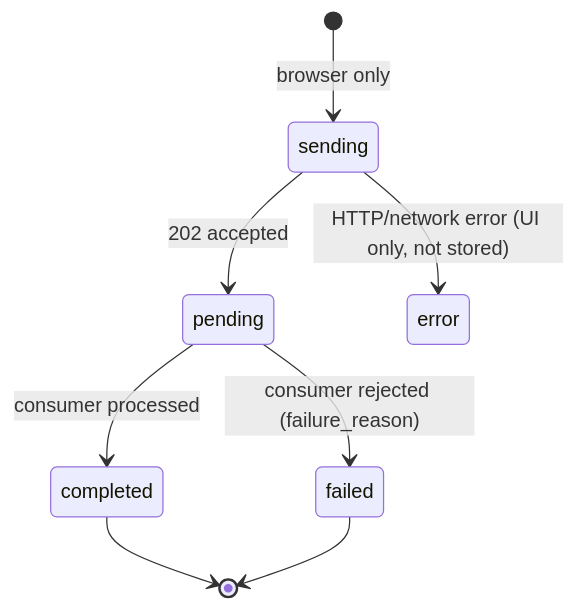
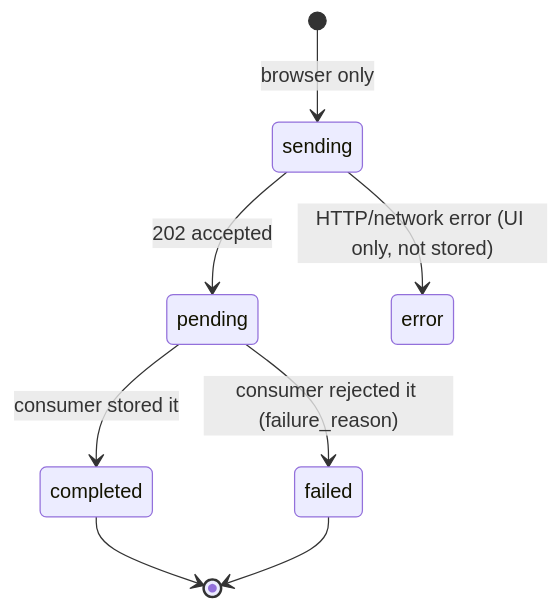
Before and after one commit to yaninagroisman/shop-azure-cicd: the fourth of 7 diagrams in docs/ARCHITECTURE.md, drawn with Mermaid. The commit also changed other lines of this file and 13 other files, not shown here.

````diff
--- a/docs/ARCHITECTURE.md
+++ b/docs/ARCHITECTURE.md
@@ -133,10 +102,10 @@
 ```mermaid
 stateDiagram-v2
     [*] --> sending: browser only
     sending --> pending: 202 accepted
     sending --> error: HTTP/network error (UI only, not stored)
-    pending --> completed: consumer processed
-    pending --> failed: consumer rejected (failure_reason)
+    pending --> completed: consumer stored it
+    pending --> failed: consumer rejected it (failure_reason)
     completed --> [*]
     failed --> [*]
 ```
````
